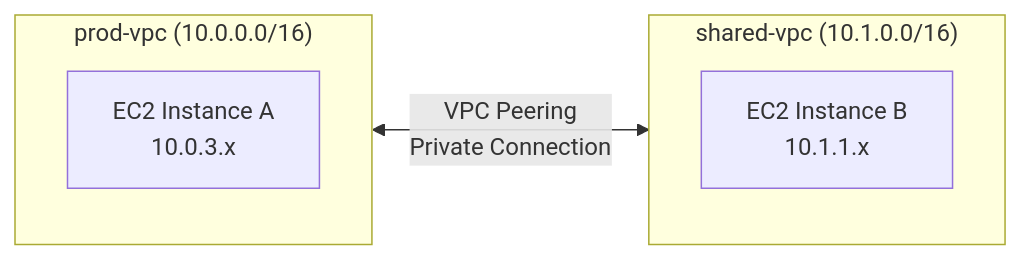
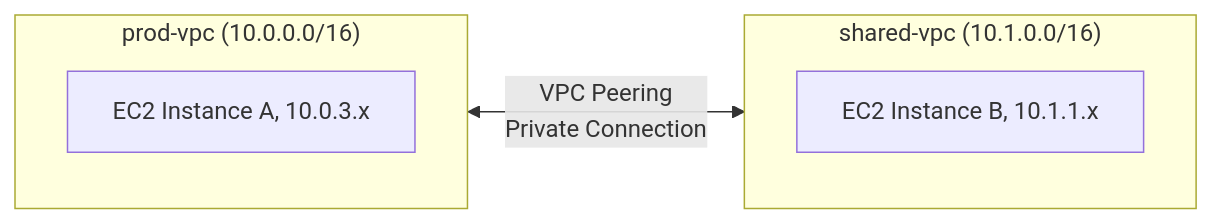
The fifth of 5 diagrams in Chapter_04_Amazon_VPC.md (DeeptiShuklaProject/Uday_AWS), drawn with Mermaid before and after one commit. The commit also changed other lines of this file and 34 other files, not shown here.

Commit message:
Fix mermaid diagrams syntax across all chapters (quote labels and remove HTML)

````diff
--- a/Chapter_04_Amazon_VPC.md
+++ b/Chapter_04_Amazon_VPC.md
@@ -1316,10 +1316,10 @@
 ```mermaid
 flowchart LR
     subgraph VPC_A["prod-vpc (10.0.0.0/16)"]
-        EC2_A[EC2 Instance A<br>10.0.3.x]
+        EC2_A["EC2 Instance A, 10.0.3.x"]
     end
     subgraph VPC_B["shared-vpc (10.1.0.0/16)"]
-        EC2_B[EC2 Instance B<br>10.1.1.x]
+        EC2_B["EC2 Instance B, 10.1.1.x"]
     end
     VPC_A <-->|VPC Peering<br>Private Connection| VPC_B
 ```
````
